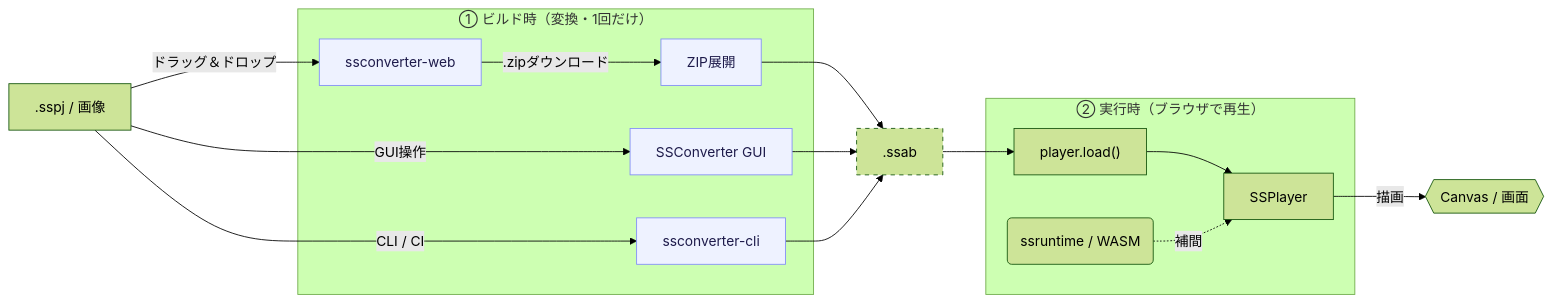
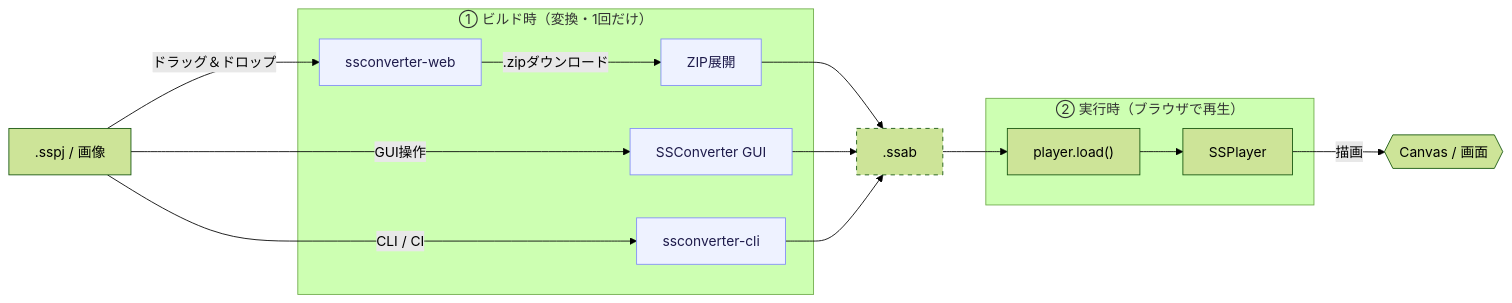
Before and after one commit to cri-middleware/SSPlayerForWeb: the diagram in docs/ja/index.md, drawn with Mermaid (forest theme). The commit also changed other lines of this file and 11 other files, not shown here.

````diff
--- a/docs/ja/index.md
+++ b/docs/ja/index.md
@@ -56,38 +56,37 @@
 ```mermaid
 graph LR
     SS[".sspj / 画像"]
 
     subgraph Build ["① ビルド時（変換・1回だけ）"]
         WEB["ssconverter-web"]
         UNZIP["ZIP展開"]
         GUI["SSConverter GUI"]
         CLI["ssconverter-cli"]
     end
 
     BIN[".ssab"]
 
     subgraph Run ["② 実行時（ブラウザで再生）"]
         LOAD["player.load()"] --> PLAYER["SSPlayer"]
-        RT("ssruntime / WASM") -. "補間" .-> PLAYER
     end
 
     CANVAS{{"Canvas / 画面"}}
 
     SS -->|"ドラッグ＆ドロップ"| WEB
     WEB -->|".zipダウンロード"| UNZIP
     UNZIP --> BIN
     
     SS -->|"GUI操作"| GUI
     GUI --> BIN
     
     SS -->|"CLI / CI"| CLI
     CLI --> BIN
     
     BIN --> LOAD
     PLAYER -->|"描画"| CANVAS
 
     classDef gen stroke-dasharray:5 5;
     class BIN gen;
     classDef tool fill:#eef2ff,stroke:#818cf8,color:#1e1b4b;
     class WEB,UNZIP,GUI,CLI tool;
 ```
````
